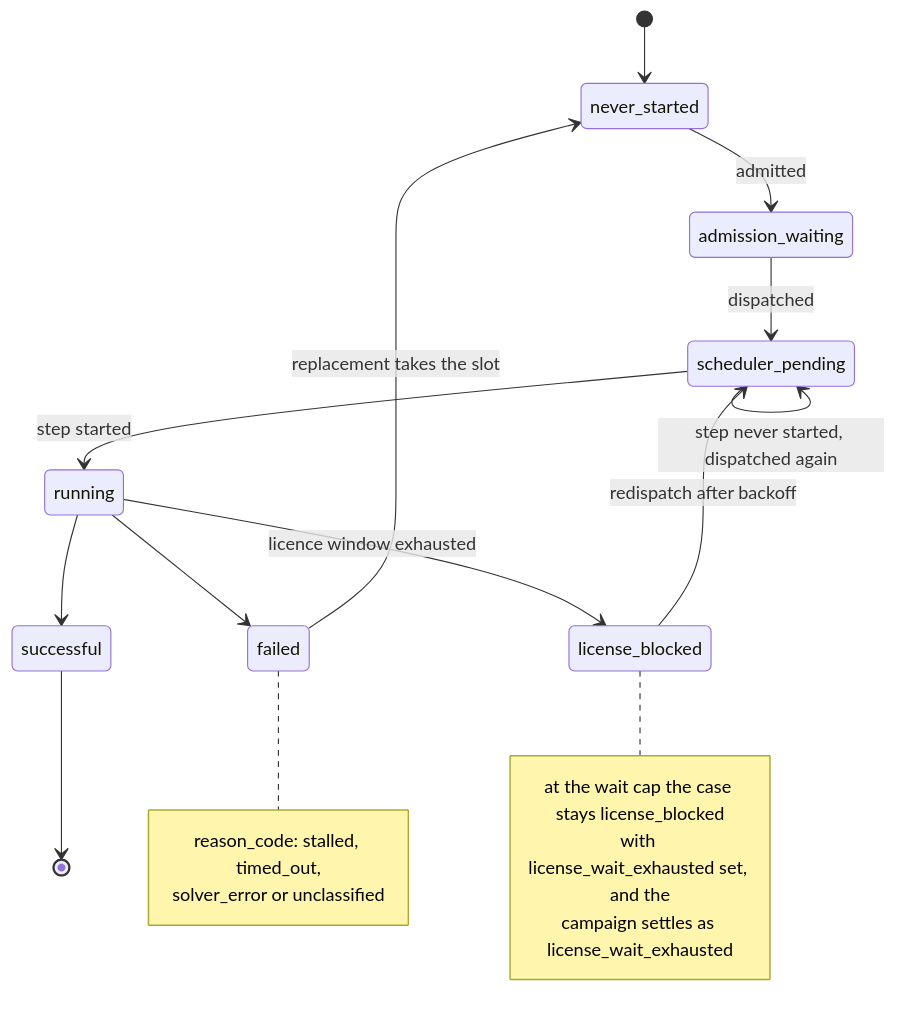
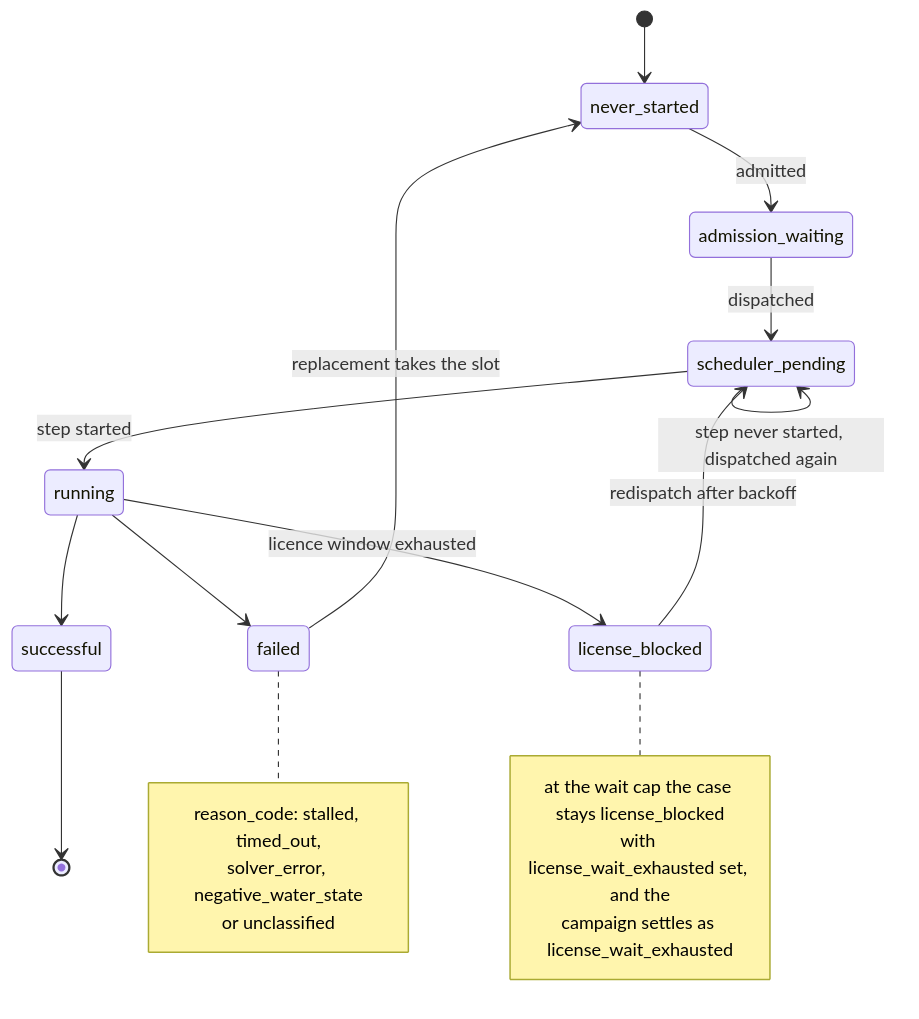
One commit to Rinovative/grainlegumes-pino-drying changed the second of 2 diagrams in docs/03_generation.md. Above: the diagram before and after it, drawn with Mermaid. The commit also changed other lines of this file and 75 other files, not shown here.

````diff
--- a/docs/03_generation.md
+++ b/docs/03_generation.md
@@ -81,23 +81,24 @@
 ```mermaid
 stateDiagram-v2
   [*] --> never_started
   never_started --> admission_waiting: admitted
   admission_waiting --> scheduler_pending: dispatched
   scheduler_pending --> running: step started
   scheduler_pending --> scheduler_pending: step never started, dispatched again
   running --> successful
   running --> failed
   running --> license_blocked: licence window exhausted
   license_blocked --> scheduler_pending: redispatch after backoff
   failed --> never_started: replacement takes the slot
   successful --> [*]
   note right of failed
     reason_code: stalled, timed_out,
-    solver_error or unclassified
+    solver_error, negative_water_state
+    or unclassified
   end note
   note right of license_blocked
     at the wait cap the case stays license_blocked
     with license_wait_exhausted set, and the
     campaign settles as license_wait_exhausted
   end note
 ```
````
